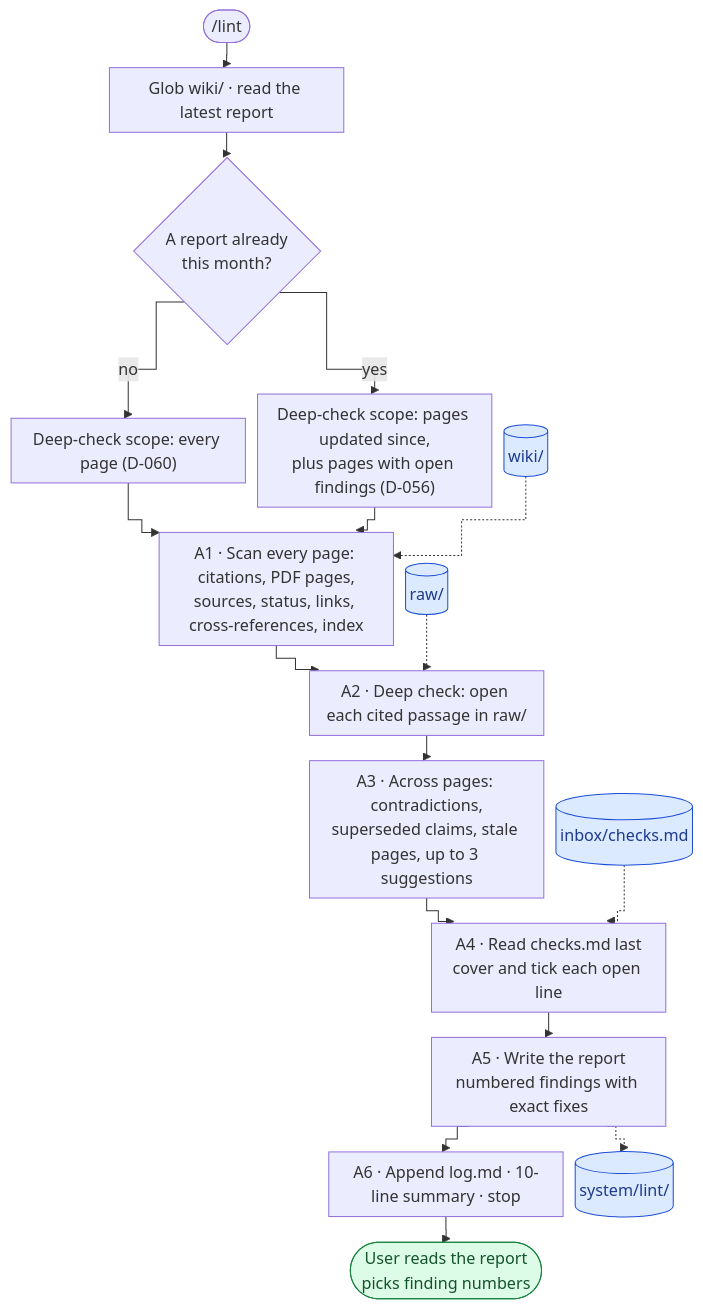
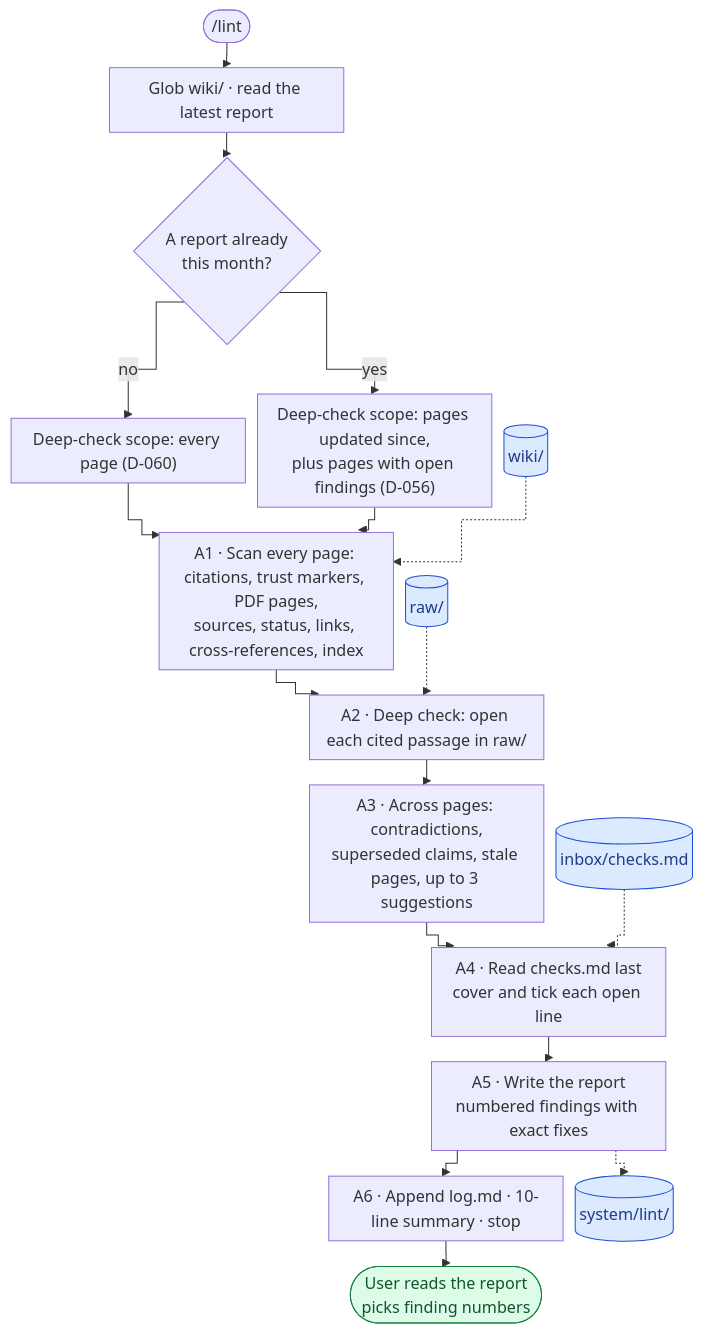
The tenth of 18 diagrams in mine/projects/thinking-system/20 Product Requirements.md (quocnguyen13/second-brain), drawn with Mermaid before and after one commit. The commit also changed other lines of this file and 5 other files, not shown here.

````diff
--- a/mine/projects/thinking-system/20 Product Requirements.md
+++ b/mine/projects/thinking-system/20 Product Requirements.md
@@ -640,24 +753,24 @@
 ```mermaid
 %%{init: {"flowchart": {"curve": "step", "useMaxWidth": true, "nodeSpacing": 12, "rankSpacing": 25, "padding": 8, "subGraphTitleMargin": {"top": 4, "bottom": 8}}}}%%
 flowchart TD
     A(["/lint"]) --> B["Glob wiki/ · read the latest report"]
     B --> C{"A report already<br/>this month?"}
     C -->|"no"| C1["Deep-check scope: every page (D-060)"]
     C -->|"yes"| C2["Deep-check scope: pages updated since,<br/>plus pages with open findings (D-056)"]
     C1 --> D
-    C2 --> D["A1 · Scan every page: citations, PDF pages,<br/>sources, status, links, cross-references, index"]
+    C2 --> D["A1 · Scan every page: citations, trust markers, PDF pages,<br/>sources, status, links, cross-references, index"]
     D --> E["A2 · Deep check: open each cited passage in raw/"]
     E --> F["A3 · Across pages: contradictions,<br/>superseded claims, stale pages, up to 3 suggestions"]
     F --> G["A4 · Read checks.md last<br/>cover and tick each open line"]
     G --> H["A5 · Write the report<br/>numbered findings with exact fixes"]
     H --> I["A6 · Append log.md · 10-line summary · stop"]
     I --> J(["User reads the report<br/>picks finding numbers"])
     WK[("wiki/")] -.-> D
     RW[("raw/")] -.-> E
     CK[("inbox/checks.md")] -.-> G
     H -.-> RP[("system/lint/")]
     classDef user fill:#dcfce7,stroke:#15803d,color:#14532d
     classDef store fill:#dbeafe,stroke:#1d4ed8,color:#1e3a8a
     class J user
     class WK,RW,CK,RP store
 ```
````
